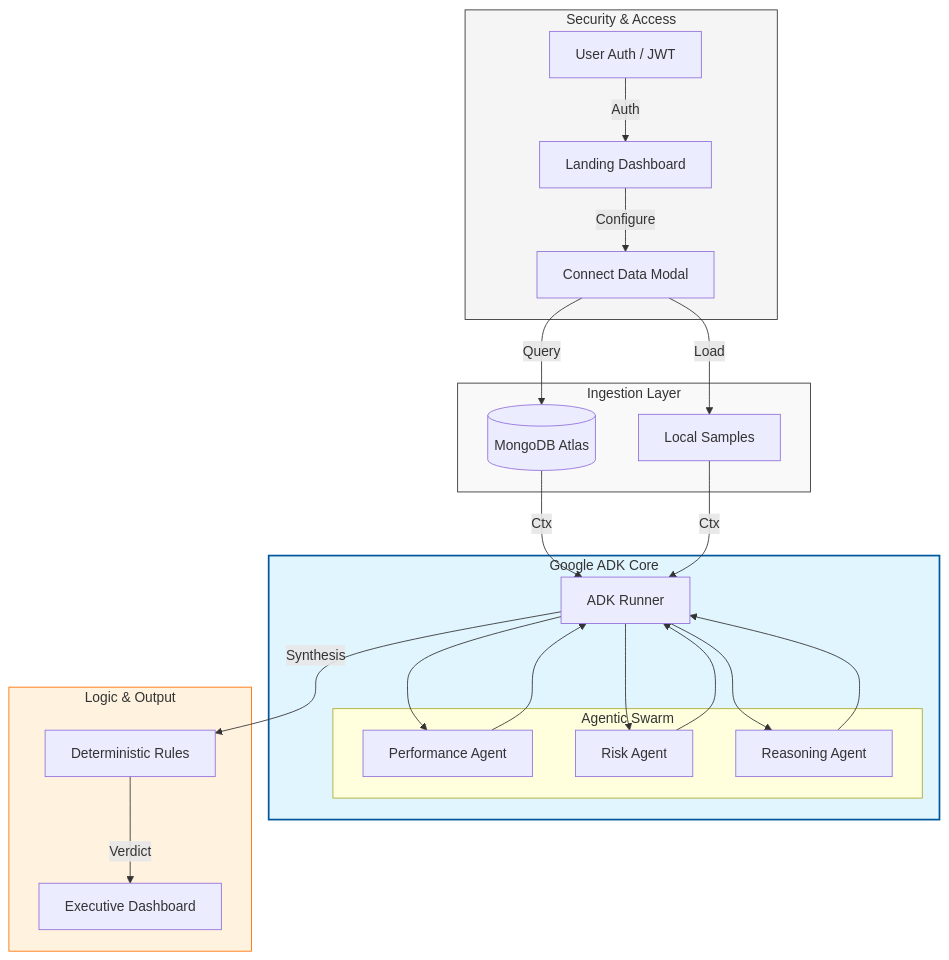
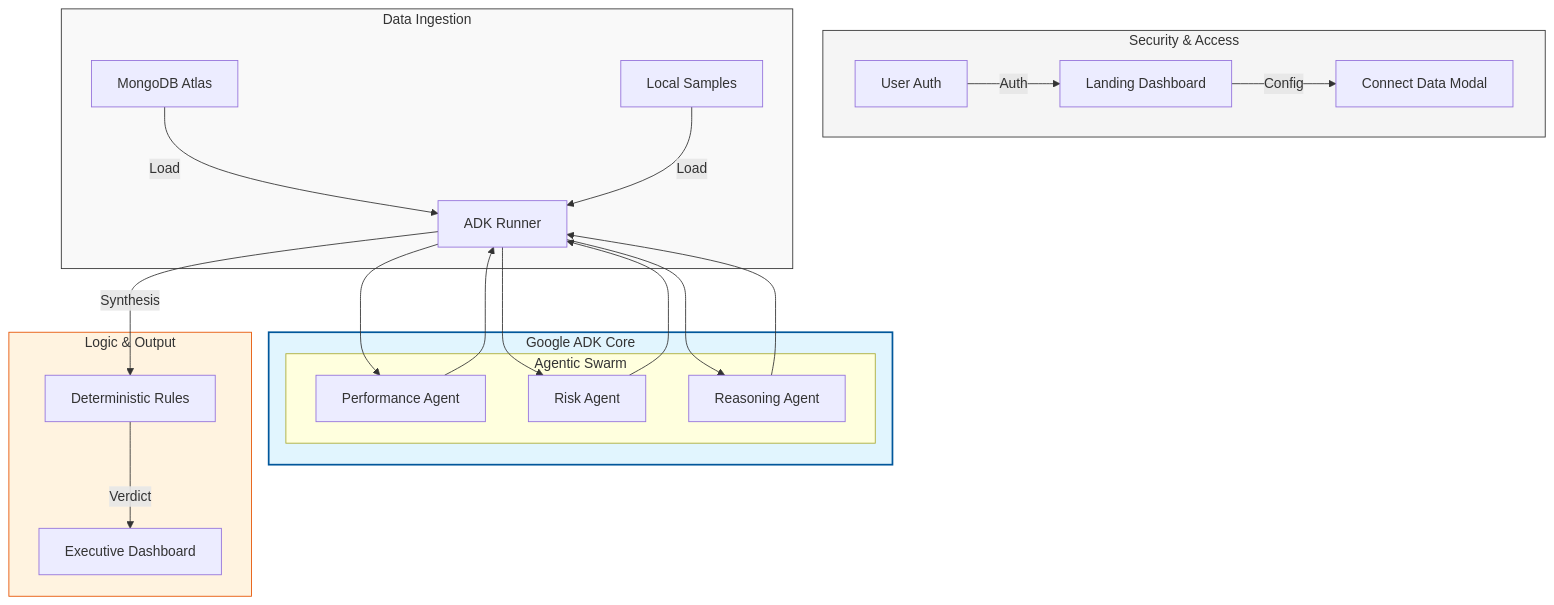
Before and after one commit to MohibUllahKhanSherwani/vendor_contract_evaluation_agentic_ai: the diagram in README.md, drawn with Mermaid.

Commit message:
docs: update system architecture diagram in README to reflect data ingestion flow and rename decision engine

````diff
--- a/README.md
+++ b/README.md
@@ -29,37 +29,34 @@
 ```mermaid
 graph TD
     subgraph Access_Layer [Security & Access]
-        UA[User Auth / JWT] -->|Auth| LD[Landing Dashboard]
-        LD -->|Configure| CD[Connect Data Modal]
+        UA[User Auth] -->|Auth| LD[Landing Dashboard]
+        LD -->|Config| CD[Connect Data Modal]
     end
 
-    subgraph Data_Layer [Ingestion Layer]
-        CD -->|Query| MDB[(MongoDB Atlas)]
-        CD -->|Load| LFS[Local Samples]
+    subgraph Data_Layer [Data Ingestion]
+        MDB[MongoDB Atlas] -->|Load| R[ADK Runner]
+        LFS[Local Samples] -->|Load| R
     end
 
     subgraph ADK_Core [Google ADK Core]
-        MDB -->|Ctx| R[ADK Runner]
-        LFS -->|Ctx| R
-        
         subgraph Agent_Swarm [Agentic Swarm]
             A1[Performance Agent]
             A2[Risk Agent]
             A3[Reasoning Agent]
         end
         
         R --> A1 --> R
         R --> A2 --> R
         R --> A3 --> R
     end
 
-    subgraph Decision_Engine [Logic & Output]
+    subgraph Verdict_Engine [Logic & Output]
         R -->|Synthesis| D[Deterministic Rules]
         D -->|Verdict| UI[Executive Dashboard]
     end
 
     style Access_Layer fill:#f5f5f5,stroke:#333
     style Data_Layer fill:#f9f9f9,stroke:#333
     style ADK_Core fill:#e1f5fe,stroke:#01579b,stroke-width:2px
-    style Decision_Engine fill:#fff3e0,stroke:#ff6f00
+    style Verdict_Engine fill:#fff3e0,stroke:#e65100
 ```
````
